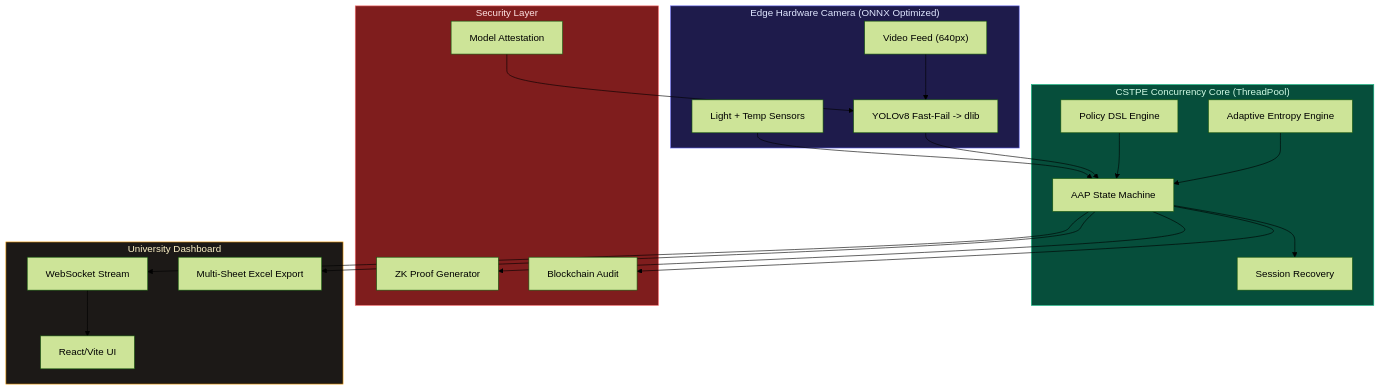
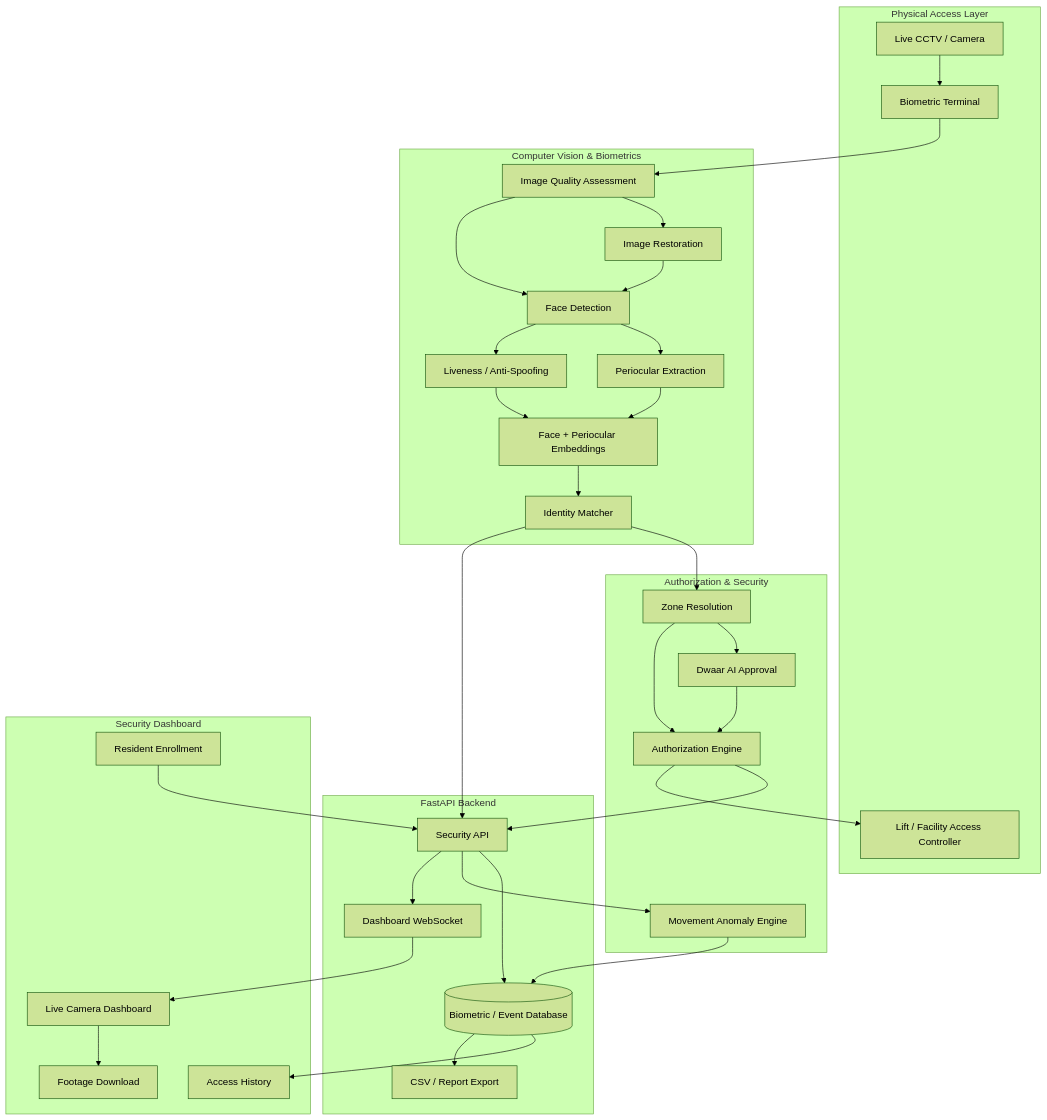
One commit to Harshit-ai-ai/Biometric-System changed the diagram in README.md. Above: the diagram before and after it, drawn with Mermaid (forest theme). The commit also changed other lines of this file, not shown here.

First line of the commit message:
Rename project to Amaryllis Biometric Access System

````diff
--- a/README.md
+++ b/README.md
@@ -264,45 +628,71 @@
 ```mermaid
 graph TB
-    subgraph Edge ["Edge Hardware Camera (ONNX Optimized)"]
-        Feed["Video Feed (640px)"]
-        ENV["Light + Temp Sensors"]
-        CV["YOLOv8 Fast-Fail -> dlib"]
+
+    subgraph Physical ["Physical Access Layer"]
+        CAM["Live CCTV / Camera"]
+        TERM["Biometric Terminal"]
+        LIFT["Lift / Facility Access Controller"]
     end
 
-    subgraph Core ["CSTPE Concurrency Core (ThreadPool)"]
-        POLICY["Policy DSL Engine"]
-        ENTROPY["Adaptive Entropy Engine"]
-        AAP["AAP State Machine"]
-        RECOVERY["Session Recovery"]
+    subgraph Vision ["Computer Vision & Biometrics"]
+        QUALITY["Image Quality Assessment"]
+        RESTORE["Image Restoration"]
+        FACE["Face Detection"]
+        PERI["Periocular Extraction"]
+        LIVE["Liveness / Anti-Spoofing"]
+        EMB["Face + Periocular Embeddings"]
+        MATCH["Identity Matcher"]
     end
 
-    subgraph Security ["Security Layer"]
-        ATTEST["Model Attestation"]
-        ZK["ZK Proof Generator"]
-        CHAIN["Blockchain Audit"]
+    subgraph Security ["Authorization & Security"]
+        ZONE["Zone Resolution"]
+        AUTH["Authorization Engine"]
+        DWAAR["Dwaar AI Approval"]
+        ANOM["Movement Anomaly Engine"]
     end
 
-    subgraph Dashboard ["University Dashboard"]
-        UI["React/Vite UI"]
-        WS["WebSocket Stream"]
-        EXCEL["Multi-Sheet Excel Export"]
+    subgraph Backend ["FastAPI Backend"]
+        API["Security API"]
+        DB[("Biometric / Event Database")]
+        WS["Dashboard WebSocket"]
+        EXPORT["CSV / Report Export"]
     end
 
-    Feed --> CV
-    ENV --> AAP
-    CV --> AAP
-    POLICY --> AAP
-    ENTROPY --> AAP
-    AAP --> RECOVERY
-    AAP --> ZK
-    AAP --> CHAIN
-    ATTEST --> CV
-    AAP --> WS
-    WS --> UI
-    AAP --> EXCEL
+    subgraph UI ["Security Dashboard"]
+        DASH["Live Camera Dashboard"]
+        HISTORY["Access History"]
+        ENROLL["Resident Enrollment"]
+        FOOTAGE["Footage Download"]
+    end
 
-    style Edge fill:#1e1b4b,stroke:#6366f1,color:#e0e7ff
-    style Core fill:#064e3b,stroke:#10b981,color:#d1fae5
-    style Security fill:#7f1d1d,stroke:#f87171,color:#fee2e2
-    style Dashboard fill:#1c1917,stroke:#f59e0b,color:#fef3c7
+    CAM --> TERM
+    TERM --> QUALITY
+    QUALITY --> RESTORE
+    RESTORE --> FACE
+    QUALITY --> FACE
+    FACE --> PERI
+    FACE --> LIVE
+    PERI --> EMB
+    LIVE --> EMB
+    EMB --> MATCH
+
+    MATCH --> ZONE
+    ZONE --> DWAAR
+    ZONE --> AUTH
+    DWAAR --> AUTH
+
+    AUTH --> API
+    MATCH --> API
+    API --> DB
+    API --> ANOM
+    ANOM --> DB
+
+    API --> WS
+    WS --> DASH
+    DB --> HISTORY
+    DB --> EXPORT
+    ENROLL --> API
+    DASH --> FOOTAGE
+
+    AUTH --> LIFT
 ```
````
